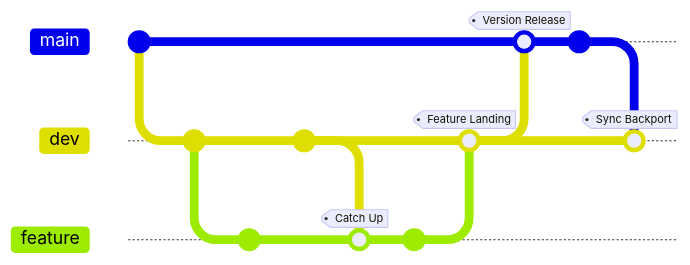
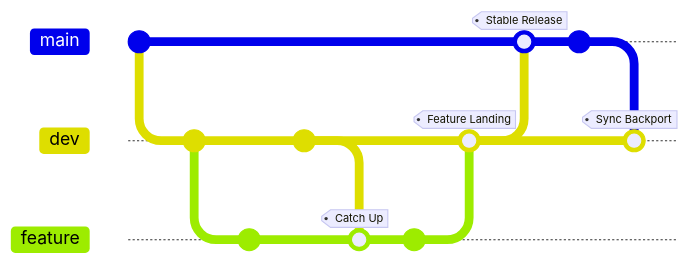
Before and after one commit to kami-lel/hupy: the first of 2 diagrams in docs/cbm_doc.md, drawn with Mermaid. The commit also changed other lines of this file and 22 other files, not shown here. Commit ids are hidden.

````diff
--- a/docs/cbm_doc.md
+++ b/docs/cbm_doc.md
@@ -44,24 +44,24 @@
 ```mermaid
 %%{init: { 'gitGraph': {'showCommitLabel': false} } }%%
 gitGraph
   commit
   branch dev
   checkout dev
   commit
   branch feature
   checkout feature
   commit
   checkout dev
   commit
   checkout feature
   merge dev tag: "Catch Up"
   commit
   checkout dev
   merge feature tag: "Feature Landing"
   checkout main
-  merge dev tag: "Version Release"
+  merge dev tag: "Stable Release"
   checkout main
   commit
   checkout dev
   merge main tag: "Sync Backport"
 ```
````
